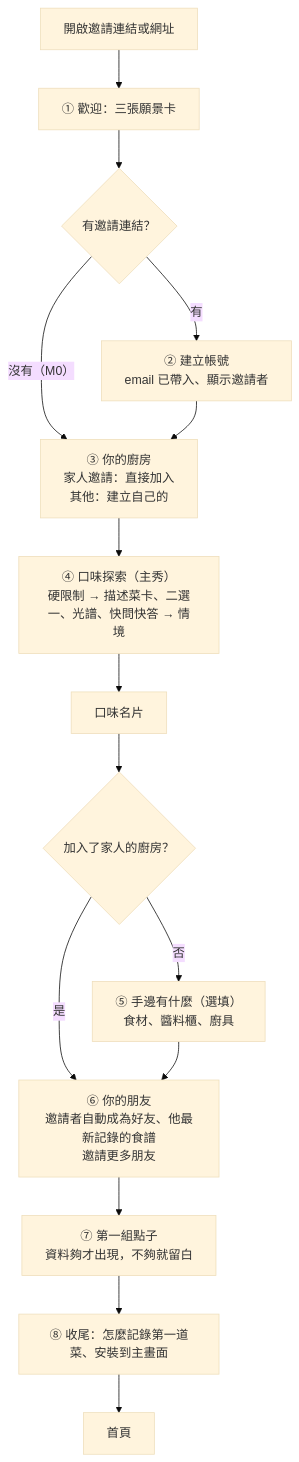
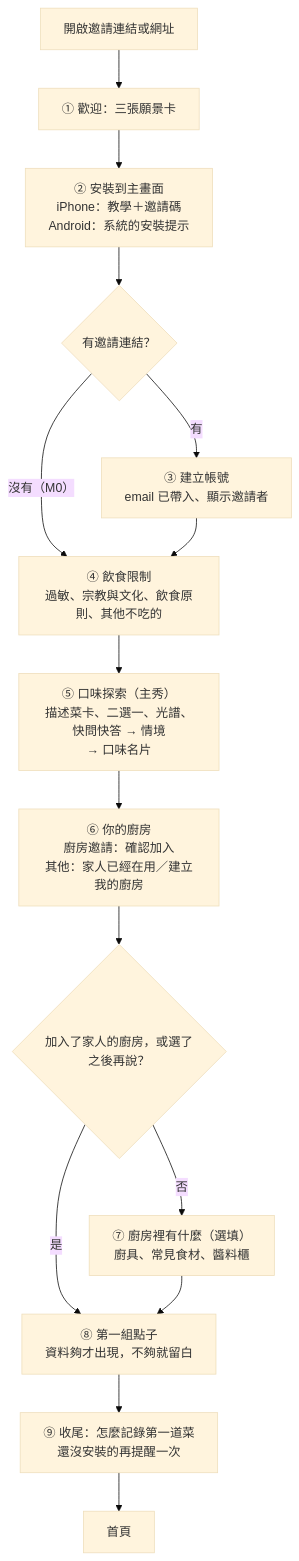
The diagram in docs/12-onboarding.md (LeeBoYin/cooking-recipe-app), drawn with Mermaid (base theme) before and after one commit. The commit also changed other lines of this file and 14 other files, not shown here.

````diff
--- a/docs/12-onboarding.md
+++ b/docs/12-onboarding.md
@@ -48,17 +53,17 @@
 ```mermaid
 flowchart TD
   S0[開啟邀請連結或網址] --> S1[① 歡迎：三張願景卡]
-  S1 --> S2{有邀請連結？}
-  S2 -- 有 --> S3[② 建立帳號<br/>email 已帶入、顯示邀請者]
-  S2 -- 沒有（M0） --> S4
-  S3 --> S4[③ 你的廚房<br/>家人邀請：直接加入<br/>其他：建立自己的]
-  S4 --> S5[④ 口味探索（主秀）<br/>硬限制 → 描述菜卡、二選一、光譜、快問快答 → 情境]
-  S5 --> S6[口味名片]
-  S6 --> S7{加入了家人的廚房？}
-  S7 -- 是 --> S9
-  S7 -- 否 --> S8[⑤ 手邊有什麼（選填）<br/>食材、醬料櫃、廚具]
-  S8 --> S9[⑥ 你的朋友<br/>邀請者自動成為好友、他最新記錄的食譜<br/>邀請更多朋友]
-  S9 --> S10[⑦ 第一組點子<br/>資料夠才出現，不夠就留白]
-  S10 --> S11[⑧ 收尾：怎麼記錄第一道菜、安裝到主畫面]
-  S11 --> H[首頁]
+  S1 --> SI[② 安裝到主畫面<br/>iPhone：教學＋邀請碼<br/>Android：系統的安裝提示]
+  SI --> S2{有邀請連結？}
+  S2 -- 有 --> S3[③ 建立帳號<br/>email 已帶入、顯示邀請者]
+  S2 -- 沒有（M0） --> SL
+  S3 --> SL[④ 飲食限制<br/>過敏、宗教與文化、飲食原則、其他不吃的]
+  SL --> S4[⑤ 口味探索（主秀）<br/>描述菜卡、二選一、光譜、快問快答 → 情境<br/>→ 口味名片]
+  S4 --> S5[⑥ 你的廚房<br/>廚房邀請：確認加入<br/>其他：家人已經在用／建立我的廚房]
+  S5 --> S6{加入了家人的廚房，或選了之後再說？}
+  S6 -- 否 --> S7[⑦ 廚房裡有什麼（選填）<br/>廚具、常見食材、醬料櫃]
+  S6 -- 是 --> S8
+  S7 --> S8[⑧ 第一組點子<br/>資料夠才出現，不夠就留白]
+  S8 --> S9[⑨ 收尾：怎麼記錄第一道菜<br/>還沒安裝的再提醒一次]
+  S9 --> H[首頁]
 ```
````
